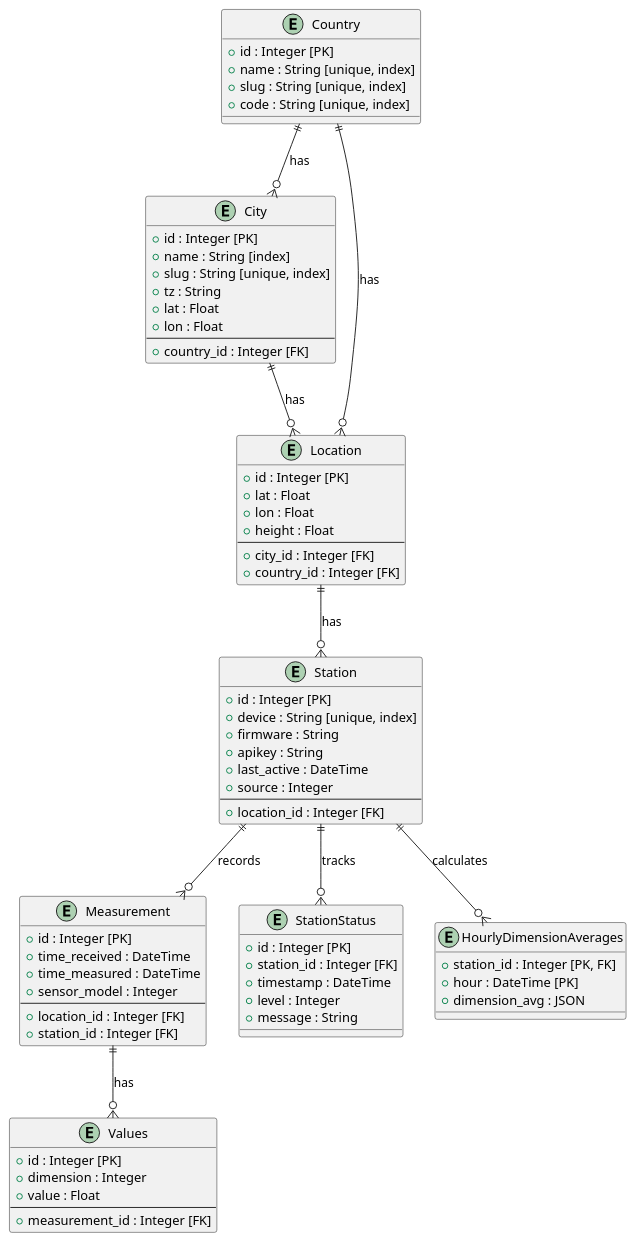
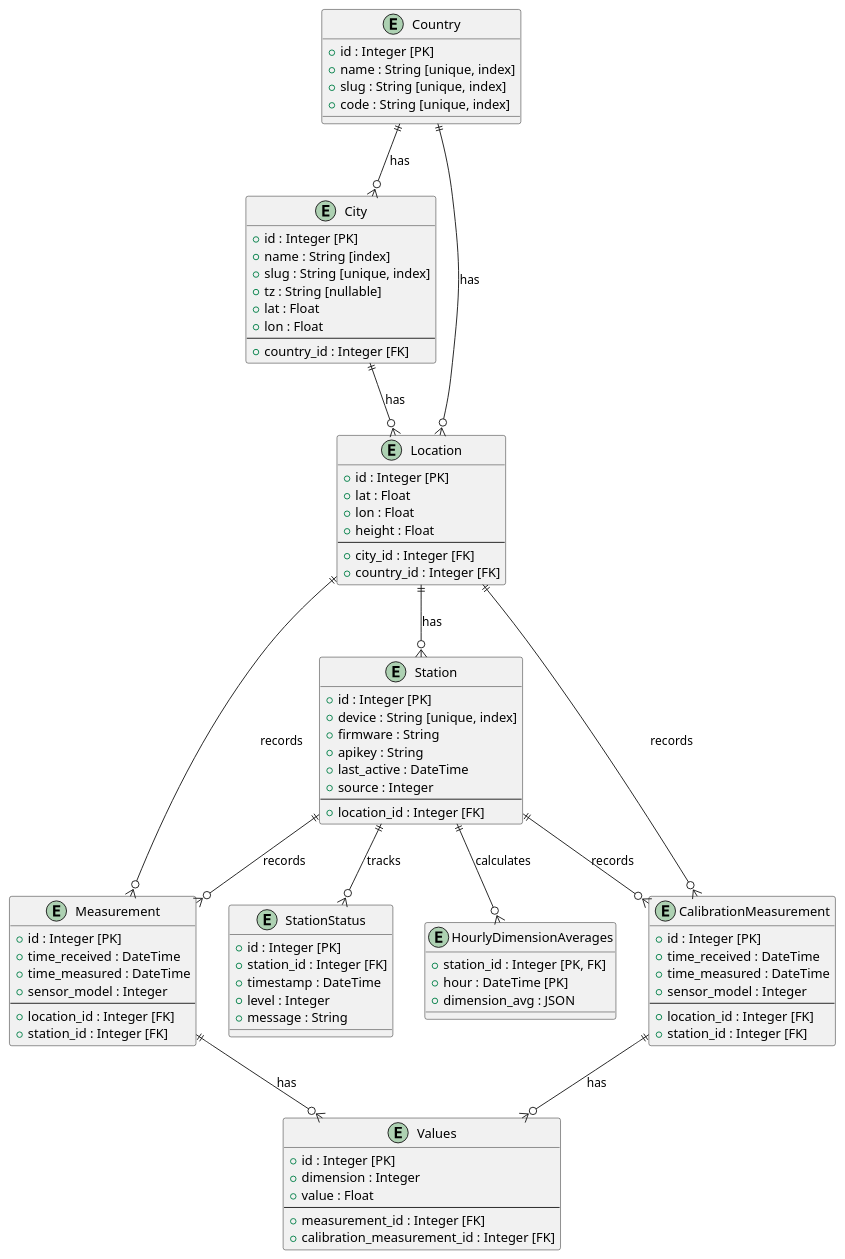
The diagram in api_er_model.puml (luftdaten-at/luftdaten-api), drawn with PlantUML before and after one commit. The commit also changed 1 other file, not shown here.

Commit message:
Update ER model to include CalibrationMeasurement entity and relationships; mark 'tz' field as nullable in City entity. Remove obsolete datahub ER model file.

```diff
--- a/api_er_model.puml
+++ b/api_er_model.puml
@@ -1,81 +1,97 @@
 @startuml
 entity "Country" as Country {
     + id : Integer [PK]
     + name : String [unique, index]
     + slug : String [unique, index]
     + code : String [unique, index]
 }
 
 entity "City" as City {
     + id : Integer [PK]
     + name : String [index]
     + slug : String [unique, index]
-    + tz : String
+    + tz : String [nullable]
     + lat : Float
     + lon : Float
     --
     + country_id : Integer [FK]
 }
 
 entity "Location" as Location {
     + id : Integer [PK]
     + lat : Float
     + lon : Float
     + height : Float
     --
     + city_id : Integer [FK]
     + country_id : Integer [FK]
 }
 
 entity "Station" as Station {
     + id : Integer [PK]
     + device : String [unique, index]
     + firmware : String
     + apikey : String
     + last_active : DateTime
     + source : Integer
     --
     + location_id : Integer [FK]
 }
 
 entity "Measurement" as Measurement {
     + id : Integer [PK]
     + time_received : DateTime
     + time_measured : DateTime
     + sensor_model : Integer
     --
     + location_id : Integer [FK]
     + station_id : Integer [FK]
 }
 
+entity "CalibrationMeasurement" as CalibrationMeasurement {
+    + id : Integer [PK]
+    + time_received : DateTime
+    + time_measured : DateTime
+    + sensor_model : Integer
+    --
+    + location_id : Integer [FK]
+    + station_id : Integer [FK]
+}
+
 entity "Values" as Values {
     + id : Integer [PK]
     + dimension : Integer
     + value : Float
     --
     + measurement_id : Integer [FK]
+    + calibration_measurement_id : Integer [FK]
 }
 
 entity "StationStatus" as StationStatus {
     + id : Integer [PK]
     + station_id : Integer [FK]
     + timestamp : DateTime
     + level : Integer
     + message : String
 }
 
 entity "HourlyDimensionAverages" as HourlyDimensionAverages {
     + station_id : Integer [PK, FK]
     + hour : DateTime [PK]
     + dimension_avg : JSON
 }
 
+' Relationships
 Country ||--o{ City : "has"
 City ||--o{ Location : "has"
 Country ||--o{ Location : "has"
 Location ||--o{ Station : "has"
+Location ||--o{ Measurement : "records"
+Location ||--o{ CalibrationMeasurement : "records"
 Station ||--o{ Measurement : "records"
-Measurement ||--o{ Values : "has"
+Station ||--o{ CalibrationMeasurement : "records"
 Station ||--o{ StationStatus : "tracks"
 Station ||--o{ HourlyDimensionAverages : "calculates"
+Measurement ||--o{ Values : "has"
+CalibrationMeasurement ||--o{ Values : "has"
 @enduml
```
